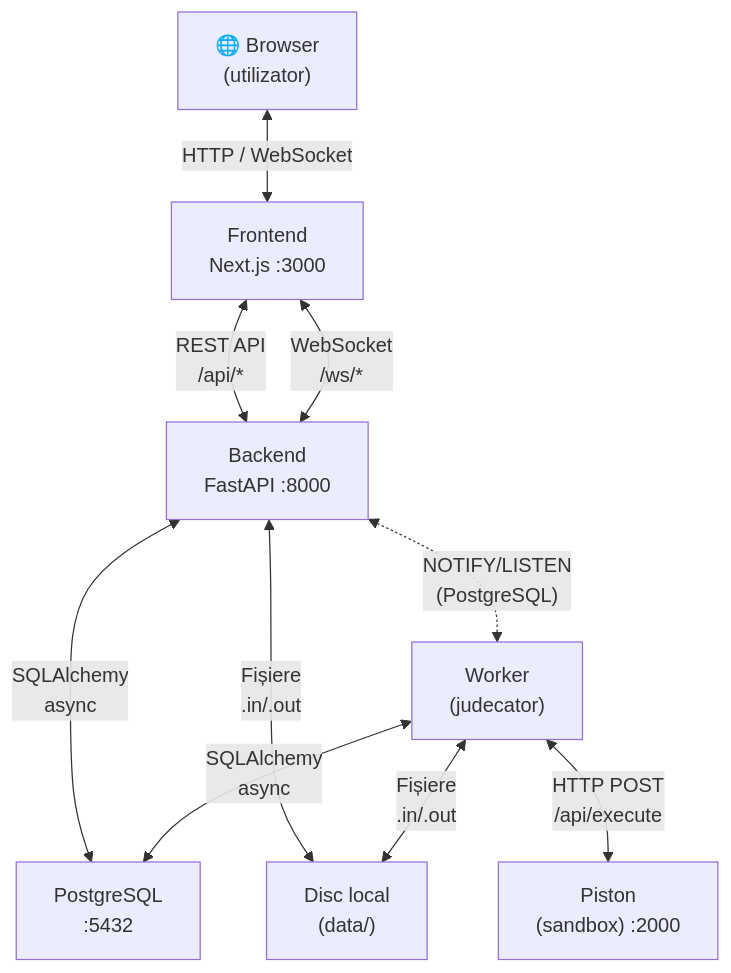
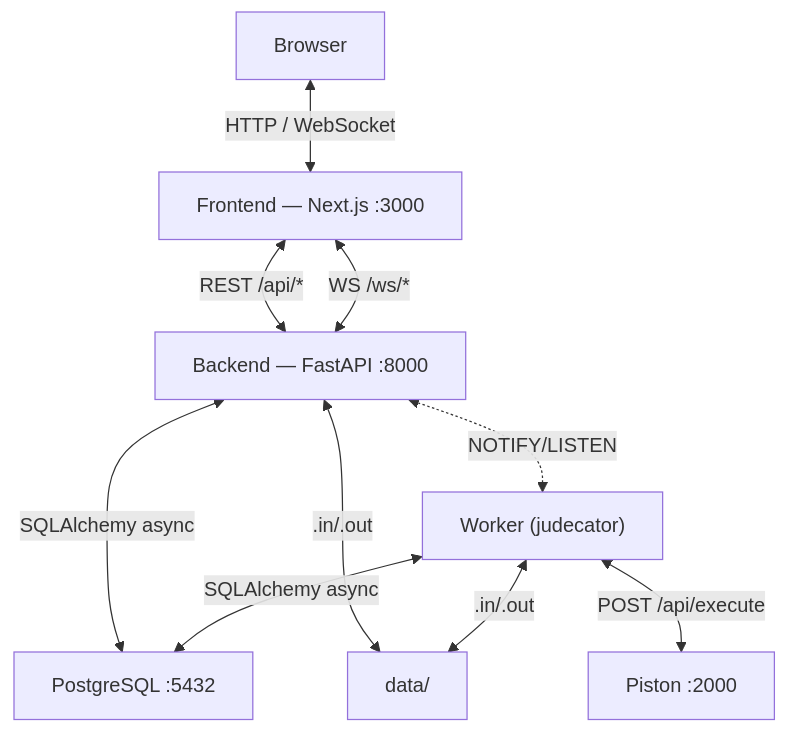
The first of 4 diagrams in docs/ARCHITECTURE.md (dragosgatan/reinfo), drawn with Mermaid before and after one commit. The commit also changed other lines of this file and 7 other files, not shown here.

````diff
--- a/docs/ARCHITECTURE.md
+++ b/docs/ARCHITECTURE.md
@@ -30,20 +5,20 @@
 ```mermaid
 graph TB
-    Browser["🌐 Browser\n(utilizator)"]
-    FE["Frontend\nNext.js :3000"]
-    BE["Backend\nFastAPI :8000"]
-    WK["Worker\n(judecator)"]
-    PS["Piston\n(sandbox) :2000"]
-    DB["PostgreSQL\n:5432"]
-    FS["Disc local\n(data/)"]
+    Browser["Browser"]
+    FE["Frontend — Next.js :3000"]
+    BE["Backend — FastAPI :8000"]
+    WK["Worker (judecator)"]
+    PS["Piston :2000"]
+    DB["PostgreSQL :5432"]
+    FS["data/"]
 
     Browser <-->|"HTTP / WebSocket"| FE
-    FE <-->|"REST API\n/api/*"| BE
-    FE <-->|"WebSocket\n/ws/*"| BE
-    BE <-->|"SQLAlchemy\nasync"| DB
-    BE <-->|"Fișiere\n.in/.out"| FS
-    WK <-->|"SQLAlchemy\nasync"| DB
-    WK <-->|"Fișiere\n.in/.out"| FS
-    WK <-->|"HTTP POST\n/api/execute"| PS
-    BE <-.->|"NOTIFY/LISTEN\n(PostgreSQL)"| WK
+    FE <-->|"REST /api/*"| BE
+    FE <-->|"WS /ws/*"| BE
+    BE <-->|"SQLAlchemy async"| DB
+    BE <-->|".in/.out"| FS
+    WK <-->|"SQLAlchemy async"| DB
+    WK <-->|".in/.out"| FS
+    WK <-->|"POST /api/execute"| PS
+    BE <-.->|"NOTIFY/LISTEN"| WK
 ```
````
